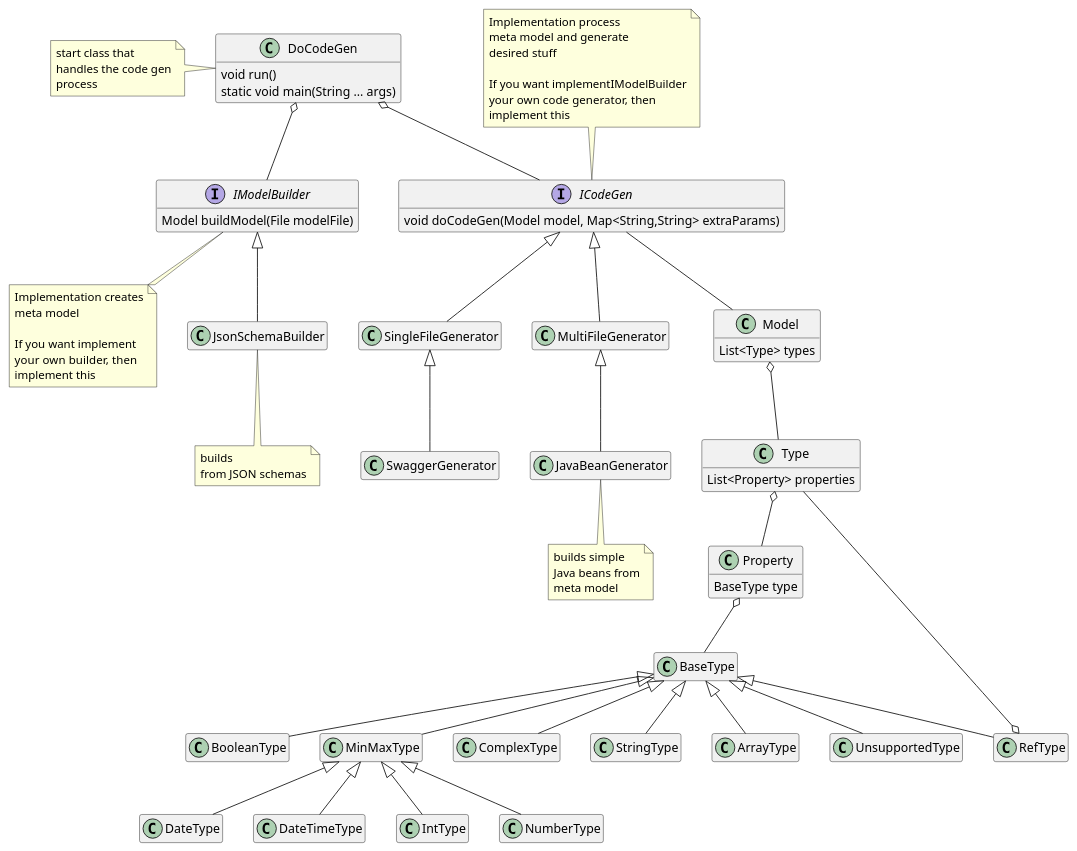
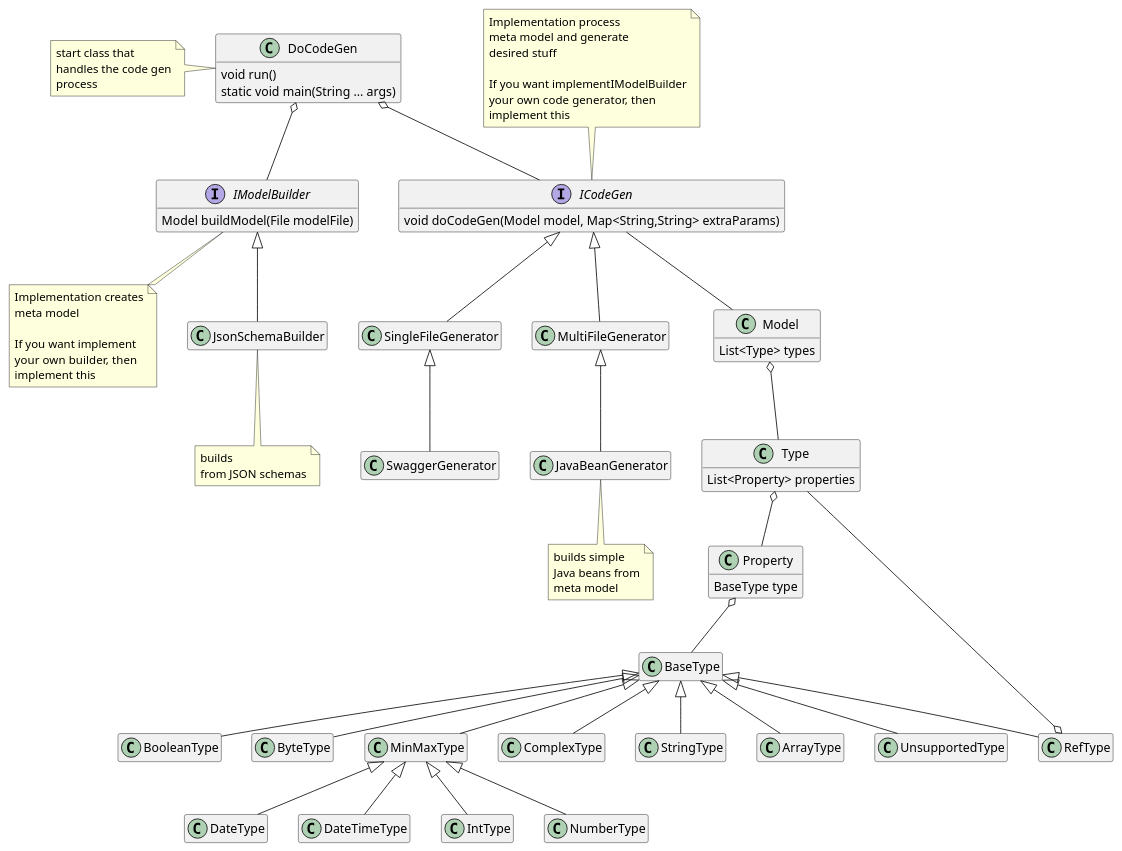
Before and after one commit to schlothauer-wauer/jsoncodegen: the diagram in docs/main_structure.puml, drawn with PlantUML. The commit also changed 16 other files, not shown here.

```diff
--- a/docs/main_structure.puml
+++ b/docs/main_structure.puml
@@ -1,99 +1,100 @@
 @startuml
 hide empty members
 
 interface IModelBuilder {
     Model buildModel(File modelFile)
 }
 
 note bottom of IModelBuilder
     Implementation creates
     meta model
 
     If you want implement
     your own builder, then
     implement this
 end note
 
 interface ICodeGen {
     void doCodeGen(Model model, Map<String,String> extraParams)
 }
 
 note top of ICodeGen
     Implementation process
     meta model and generate
     desired stuff
 
     If you want implementIModelBuilder
     your own code generator, then
     implement this
 end note
 
 
 class DoCodeGen {
     void run()
     static void main(String ... args)
 }
 
 class JsonSchemaBuilder
 class SingleFileGenerator
 class MultiFileGenerator
 class JavaBeanGenerator
 
 note left of DoCodeGen
     start class that
     handles the code gen
     process
 end note
 
 note bottom of JsonSchemaBuilder
     builds
     from JSON schemas
 end note
 
 note bottom of JavaBeanGenerator
     builds simple
     Java beans from
     meta model
 end note
 
 DoCodeGen o-- IModelBuilder
 DoCodeGen o-- ICodeGen
 
 IModelBuilder <|-- JsonSchemaBuilder
 ICodeGen <|-- MultiFileGenerator
 ICodeGen <|-- SingleFileGenerator
 
 MultiFileGenerator <|-- JavaBeanGenerator
 SingleFileGenerator <|-- SwaggerGenerator
 class Model {
     List<Type> types
 }
 
 class Type {
     List<Property> properties
 }
 
 class Property {
     BaseType type
 }
 
 BaseType <|-- BooleanType
+BaseType <|-- ByteType
 BaseType <|-- MinMaxType
 BaseType <|-- ComplexType
 MinMaxType <|-- DateType
 MinMaxType <|-- DateTimeType
 MinMaxType <|-- IntType
 MinMaxType <|-- NumberType
 BaseType <|-- RefType
 BaseType <|-- StringType
 BaseType <|-- ArrayType
 BaseType <|-- UnsupportedType
 
 Property o-- BaseType
 Type o-- Property
 Model o-- Type
 
 RefType o-- Type
 ICodeGen -- Model
 
 @enduml
```
